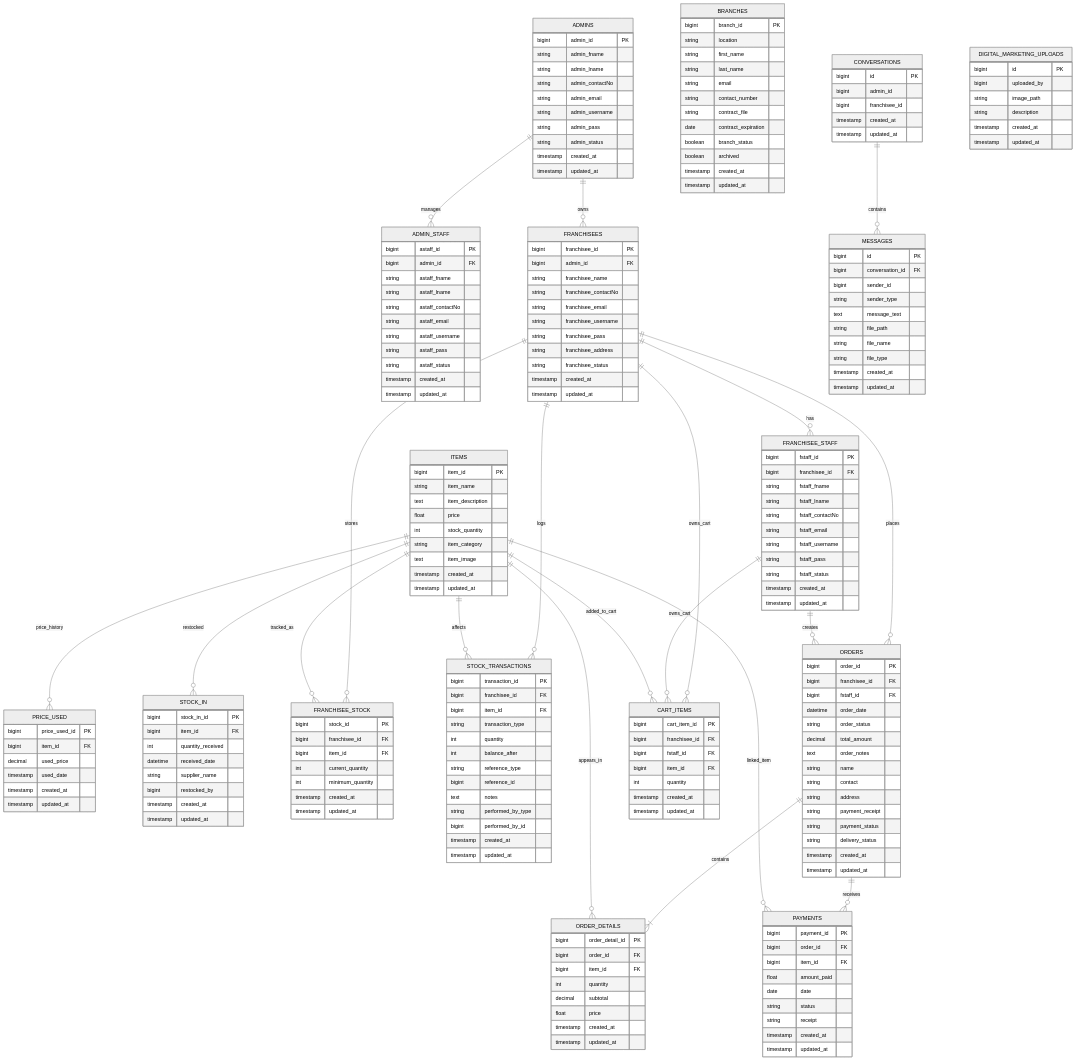
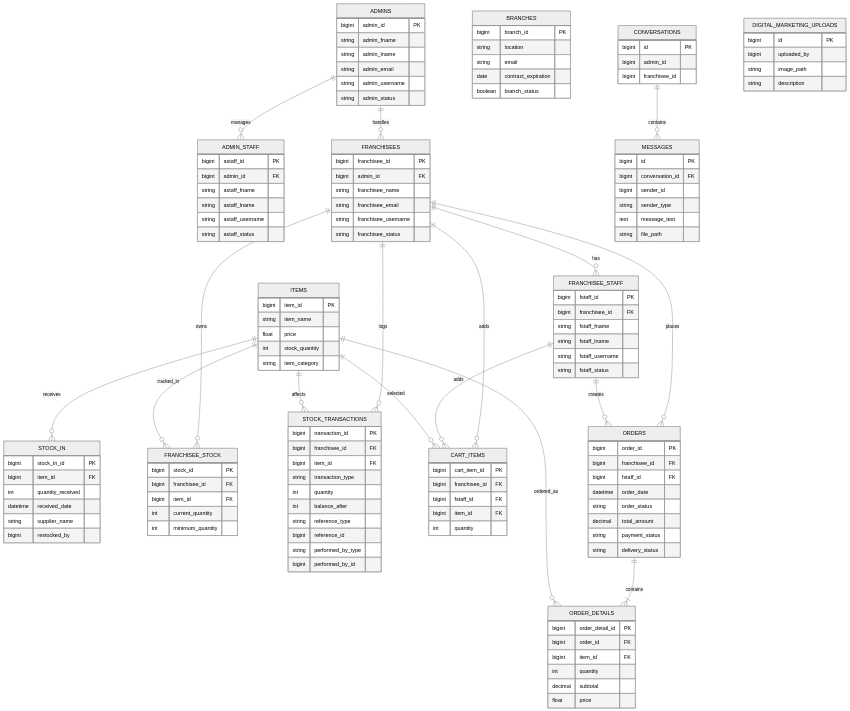
The diagram in docs/database-erd.md (bcmncapstone/dsizzlers), drawn with Mermaid (neutral theme) before and after one commit. The commit also changed other lines of this file and 6 other files, not shown here.

````diff
--- a/docs/database-erd.md
+++ b/docs/database-erd.md
@@ -10,13 +42,9 @@
         bigint admin_id PK
         string admin_fname
         string admin_lname
-        string admin_contactNo
         string admin_email
         string admin_username
-        string admin_pass
         string admin_status
-        timestamp created_at
-        timestamp updated_at
     }
 
     ADMIN_STAFF {
@@ -24,27 +52,17 @@
         bigint admin_id FK
         string astaff_fname
         string astaff_lname
-        string astaff_contactNo
-        string astaff_email
         string astaff_username
-        string astaff_pass
         string astaff_status
-        timestamp created_at
-        timestamp updated_at
     }
 
     FRANCHISEES {
         bigint franchisee_id PK
         bigint admin_id FK
         string franchisee_name
-        string franchisee_contactNo
         string franchisee_email
         string franchisee_username
-        string franchisee_pass
-        string franchisee_address
         string franchisee_status
-        timestamp created_at
-        timestamp updated_at
     }
 
     FRANCHISEE_STAFF {
@@ -52,34 +70,16 @@
         bigint franchisee_id FK
         string fstaff_fname
         string fstaff_lname
-        string fstaff_contactNo
-        string fstaff_email
         string fstaff_username
-        string fstaff_pass
         string fstaff_status
-        timestamp created_at
-        timestamp updated_at
     }
 
     ITEMS {
         bigint item_id PK
         string item_name
-        text item_description
         float price
         int stock_quantity
         string item_category
-        text item_image
-        timestamp created_at
-        timestamp updated_at
-    }
-
-    PRICE_USED {
-        bigint price_used_id PK
-        bigint item_id FK
-        decimal used_price
-        timestamp used_date
-        timestamp created_at
-        timestamp updated_at
     }
 
     STOCK_IN {
@@ -89,8 +89,6 @@
         datetime received_date
         string supplier_name
         bigint restocked_by
-        timestamp created_at
-        timestamp updated_at
     }
 
     FRANCHISEE_STOCK {
@@ -99,8 +97,6 @@
         bigint item_id FK
         int current_quantity
         int minimum_quantity
-        timestamp created_at
-        timestamp updated_at
     }
 
     STOCK_TRANSACTIONS {
@@ -112,11 +108,16 @@
         int balance_after
         string reference_type
         bigint reference_id
-        text notes
         string performed_by_type
         bigint performed_by_id
-        timestamp created_at
-        timestamp updated_at
+    }
+
+    CART_ITEMS {
+        bigint cart_item_id PK
+        bigint franchisee_id FK
+        bigint fstaff_id FK
+        bigint item_id FK
+        int quantity
     }
 
     ORDERS {
@@ -126,15 +127,8 @@
         datetime order_date
         string order_status
         decimal total_amount
-        text order_notes
-        string name
-        string contact
-        string address
-        string payment_receipt
         string payment_status
         string delivery_status
-        timestamp created_at
-        timestamp updated_at
     }
 
     ORDER_DETAILS {
@@ -144,53 +138,20 @@
         int quantity
         decimal subtotal
         float price
-        timestamp created_at
-        timestamp updated_at
-    }
-
-    PAYMENTS {
-        bigint payment_id PK
-        bigint order_id FK
-        bigint item_id FK
-        float amount_paid
-        date date
-        string status
-        string receipt
-        timestamp created_at
-        timestamp updated_at
-    }
-
-    CART_ITEMS {
-        bigint cart_item_id PK
-        bigint franchisee_id FK
-        bigint fstaff_id FK
-        bigint item_id FK
-        int quantity
-        timestamp created_at
-        timestamp updated_at
     }
 
     BRANCHES {
         bigint branch_id PK
         string location
-        string first_name
-        string last_name
         string email
-        string contact_number
-        string contract_file
         date contract_expiration
         boolean branch_status
-        boolean archived
-        timestamp created_at
-        timestamp updated_at
     }
 
     CONVERSATIONS {
         bigint id PK
         bigint admin_id
         bigint franchisee_id
-        timestamp created_at
-        timestamp updated_at
     }
 
     MESSAGES {
@@ -200,10 +161,6 @@
         string sender_type
         text message_text
         string file_path
-        string file_name
-        string file_type
-        timestamp created_at
-        timestamp updated_at
     }
 
     DIGITAL_MARKETING_UPLOADS {
@@ -211,31 +168,26 @@
         bigint uploaded_by
         string image_path
         string description
-        timestamp created_at
-        timestamp updated_at
     }
 
     ADMINS ||--o{ ADMIN_STAFF : manages
-    ADMINS ||--o{ FRANCHISEES : owns
+    ADMINS ||--o{ FRANCHISEES : handles
     FRANCHISEES ||--o{ FRANCHISEE_STAFF : has
+
+    ITEMS ||--o{ STOCK_IN : receives
+    FRANCHISEES ||--o{ FRANCHISEE_STOCK : owns
+    ITEMS ||--o{ FRANCHISEE_STOCK : tracked_in
+    FRANCHISEES ||--o{ STOCK_TRANSACTIONS : logs
+    ITEMS ||--o{ STOCK_TRANSACTIONS : affects
+
+    FRANCHISEES ||--o{ CART_ITEMS : adds
+    FRANCHISEE_STAFF ||--o{ CART_ITEMS : adds
+    ITEMS ||--o{ CART_ITEMS : selected
 
     FRANCHISEES ||--o{ ORDERS : places
     FRANCHISEE_STAFF ||--o{ ORDERS : creates
     ORDERS ||--|{ ORDER_DETAILS : contains
-    ITEMS ||--o{ ORDER_DETAILS : appears_in
-    ORDERS ||--o{ PAYMENTS : receives
-    ITEMS ||--o{ PAYMENTS : linked_item
-
-    ITEMS ||--o{ PRICE_USED : price_history
-    ITEMS ||--o{ STOCK_IN : restocked
-    FRANCHISEES ||--o{ FRANCHISEE_STOCK : stores
-    ITEMS ||--o{ FRANCHISEE_STOCK : tracked_as
-    FRANCHISEES ||--o{ STOCK_TRANSACTIONS : logs
-    ITEMS ||--o{ STOCK_TRANSACTIONS : affects
-
-    FRANCHISEES ||--o{ CART_ITEMS : owns_cart
-    FRANCHISEE_STAFF ||--o{ CART_ITEMS : owns_cart
-    ITEMS ||--o{ CART_ITEMS : added_to_cart
+    ITEMS ||--o{ ORDER_DETAILS : ordered_as
 
     CONVERSATIONS ||--o{ MESSAGES : contains
 ```
````
